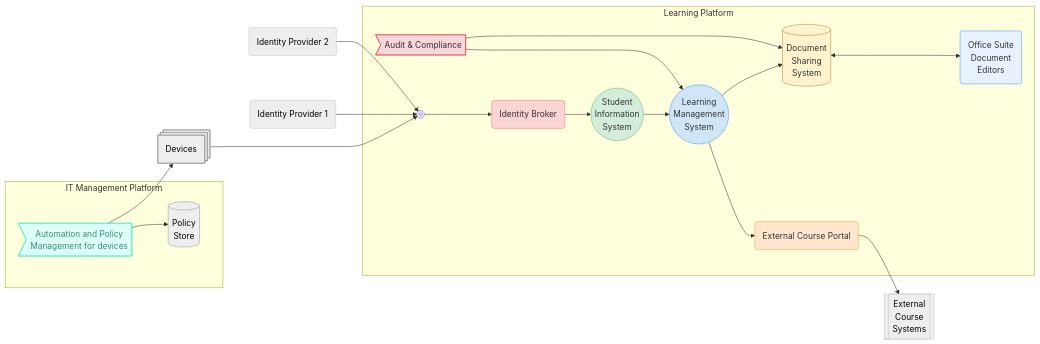
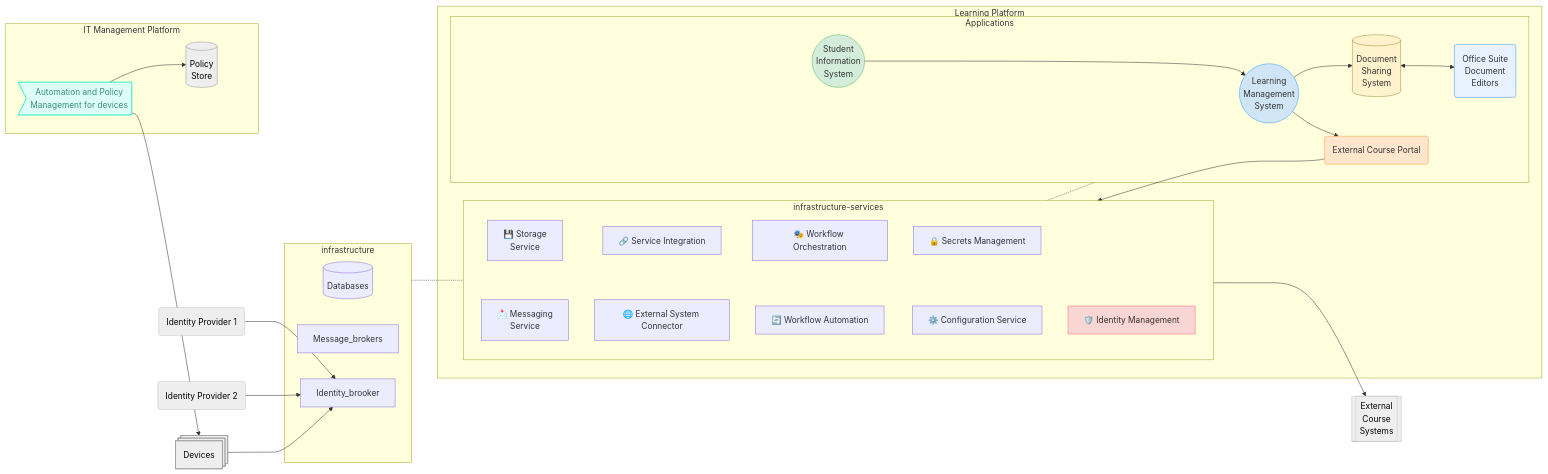
The diagram in docs/solution_landscape.md (OS2sandbox/os2skole-PoC), drawn with Mermaid before and after one commit.

Commit message:
Refactor solution landscape diagram for clarity and structure, updating subgraph definitions and relationships.

````diff
--- a/docs/solution_landscape.md
+++ b/docs/solution_landscape.md
@@ -3,43 +3,66 @@
 ```mermaid
 flowchart LR
- subgraph s1["Learning Platform"]
+
+subgraph Learning Platform
+
+ subgraph infrastructure-services
+    direction TB
+      Storage["💾 Storage <br> Service"]~~~
+      Messaging["📩 Messaging <br> Service"]
+      Integration["🔗 Service Integration"]~~~
+      Connector["🌐 External System Connector"]
+      Actors["🎭 Workflow Orchestration"]~~~
+      Workflow["🔄 Workflow Automation"]
+      Secrets["🔒 Secrets Management"]~~~
+      Config["⚙️ Configuration Service"]
+      ID["🛡️ Identity Management"]
+ end
+      
+
+ subgraph s1["Applications"]
         LMS(("Learning<br>Management<br>System"))
         DOC[("Document<br>Sharing<br>System")]
-        ID("Identity Broker")
         ED("Office Suite<br>Document<br>Editors")
         SIS(("Student<br>Information<br>System"))
         PORT("External Course Portal")
-        REP>"Audit &amp; Compliance"]
-        n5["Frames Circle"]
+      
   end
+ end
+
+
+subgraph infrastructure
+ DBs[(Databases)]
+ Message_brokers
+ IDB[Identity_brooker]
+
+end
+
  subgraph s2["IT Management Platform"]
         n3>"Automation and Policy<br>Management for devices"]
         n4["Policy<br>Store"]
   end
-    PORT --> EXT[["External<br>Course<br>Systems"]]
+    PORT --> infrastructure-services --> EXT[["External<br>Course<br>Systems"]]
     LMS --> DOC & PORT
     DOC <--> ED
     SIS --> LMS
     EXT ~~~ ED
-    ID --> SIS
-    IDP2("Identity Provider 2") --> n5
-    REP --> DOC
-    REP ----> LMS
-    Device["Devices"] ---> n5
+    IDP1("Identity Provider 1") --> IDB
+    IDP2("Identity Provider 2") --> IDB
+
+    Device["Devices"] --> IDB 
     n3 --> Device & n4
     s2 ~~~ s1
-    n5 --> ID
-    IDP1("Identity Provider 1") --> n5
-    n5@{ shape: fr-circ}
+    infrastructure-.-infrastructure-services-.-s1
+    
     n4@{ shape: cyl}
     Device@{ shape: procs}
+
      LMS:::lms
      DOC:::doc
      ID:::id
      ED:::ed
      SIS:::sis
      PORT:::port
-     REP:::rep
      n3:::Aqua
      n4:::Ash
      EXT:::ext
@@ -58,8 +81,8 @@
     classDef ed fill:#e7f1ff,stroke:#007bff,stroke-opacity:0.5,stroke-width:1.5px, color:#333
     classDef ext fill:#e6ffe6,stroke:#28a745,stroke-opacity:0.5,stroke-width:1.5px, color:#333
     classDef port fill:#ffe6cc,stroke:#ff7e00,stroke-opacity:0.5,stroke-width:1.5px, color:#333
-    classDef rep fill:#f8d7da,stroke:#dc3545,stroke-opacity:0.5,stroke-width:1.5px, color:#333
     classDef Rose stroke-width:1px, stroke-dasharray:none, stroke:#FF5978, fill:#FFDFE5, color:#8E2236
     classDef Aqua stroke-width:1px, stroke-dasharray:none, stroke:#46EDC8, fill:#DEFFF8, color:#378E7A
     classDef Ash stroke-width:1px, stroke-dasharray:none, stroke:#999999, fill:#EEEEEE, color:#000000
+
 ```
````
